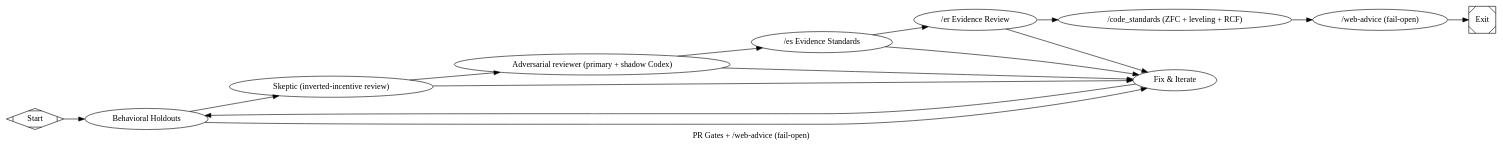
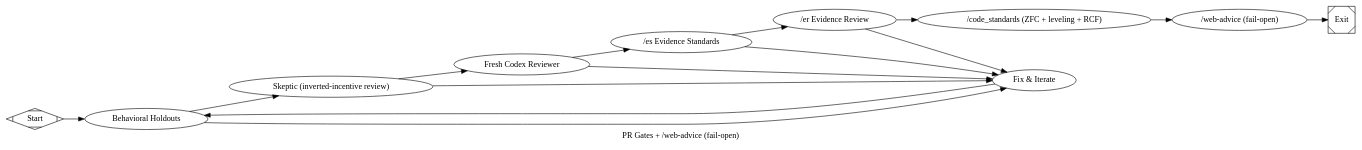
The diagram in pipelines/factory/web-advice-failopen.dot (jleechanorg/dark-factory), drawn with Graphviz before and after one commit. The commit also changed 4 other files, not shown here.

Commit message:
Migrate factory reviewers to fresh Codex contract [agy][gpt-5.6-sol]

```diff
--- a/pipelines/factory/web-advice-failopen.dot
+++ b/pipelines/factory/web-advice-failopen.dot
@@ -1,137 +1,138 @@
 digraph web_advice_failopen {
     graph [
         goal="PR validation: sealed holdouts + 3 adversarial gates + /web-advice fail-open advisory."
         level5="true"
         label="PR Gates + /web-advice (fail-open)"
         skip_explore="true"
         skip_plan="true"
         skip_implement="true"
     ]
     rankdir=LR
 
     start [shape=Mdiamond, label="Start"]
     exit  [shape=Msquare,  label="Exit"]
 
     // Holdout-always policy: PR diffs run the sealed behavioral holdouts
     // first — evidence gates grade the diff's story, holdouts grade its
     // behavior. Feature comes from --feature / ctx.state["feature"].
     holdout         [type="holdout_eval",        label="Behavioral Holdouts",          feature="${state.feature}", timeout=600]
     gate_skeptic [
         type="gate_skeptic",
         label="Skeptic (inverted-incentive review)",
         backend_priority="codex,minimax,agy,claude-sonnet",
         prefer_adversarial="true",
         timeout=600
     ]
     adversarial_reviewer [
-        type="parallel_reviewer",
-        label="Adversarial reviewer (primary + shadow Codex)",
-        review_contract="cold-review-v1",
-        backend_priority="codex,minimax,agy,claude-sonnet",
-        prefer_adversarial="true",
-        receipt_required="true",
+        type="codergen",
+        label="Fresh Codex Reviewer",
+        class="review",
+        backend="codex",
+        prompt="@prompts/slim/fresh_review.md",
+        fresh_session="true",
+        verdict_gate="true",
         timeout=600
     ]
     gate_es [
         type="gate_es",
         label="/es Evidence Standards",
         backend_priority="codex,minimax,agy,claude-sonnet",
         prefer_adversarial="true",
         gate_strict="true",
         timeout=600
     ]
     gate_er [
         type="gate_er",
         label="/er Evidence Review",
         backend_priority="codex,minimax,agy,claude-sonnet",
         prefer_adversarial="true",
         gate_strict="true",
         timeout=600
     ]
     gate_cs [
         type="gate_code_standards",
         label="/code_standards (ZFC + leveling + RCF)",
         backend_priority="codex,minimax,agy,claude-sonnet",
         prefer_adversarial="true",
         gate_strict="true",
         timeout=600
     ]
 
     // /web-advice fail-open advisory node (Lane B registers `type="web_advice"`
     // in runner.handlers.TYPE_REGISTRY and adds it to graph_audit._REVIEWER_TYPE_NAMES
     // as SOFT tier; missing handler is R1-warned, not G3-hard-stopped).
     //
     // Fail-open contract: this node ALWAYS returns outcome=success at the .dot
     // layer. The actual /web-advice verdict (APPROVE / NOT MERGE / INCOMPLETE /
     // infrastructure-failure) is surfaced out-of-band:
     //   1. CXDB structured event (runner/cxdb.append_step),
     //   2. PR comment via gh pr comment (REST, not GraphQL),
     //   3. Follow-up bead via br create (when outcome is infra-failure or 3-of-4
     //      NOT MERGE with concrete findings).
     //
     // Per docs/web-advice-failopen-design.md §3.5 the handler runs a ≤10s
     // transport probe (aside-mcp / aside-cli / claude-in-chrome / cdp-9222)
     // BEFORE opening any browser tab; when no transport is live it posts the
     // §6.2 infra-disclosure and returns success — host-capability gaps NEVER
     // block this PR.
     //
     // `min_diff_lines="5"` is the strict-lane default; cheap slim lanes can
     // override to `min_diff_lines="20"` per lane. Below the threshold, the
     // handler records `panel_decision="skipped_trivial_diff"` and posts no PR
     // comment (silent skip).
     web_advice [
         type="web_advice",
         label="/web-advice (fail-open)",
         prompt="@prompts/web_advice.txt",
         backend="claude",
         timeout=900,
         min_diff_lines="5",
         transport="auto",
         decision="continue",
         fail_open="true",
         description="Multi-model browser review (gemini/grok/chatgpt/perplexity) via real authenticated browser sessions. FAIL-OPEN: never blocks. Signal goes to CXDB + PR comment."
     ]
 
     // Bounded fix loop: any reviewer verdict other than success routes here
     // so the PR lane can iterate on the diff rather than terminating on a
     // first failure (per factory-evolve G2 fix-loop contract).
     fix [
         type="codergen",
         label="Fix & Iterate",
         class="fix",
         prompt="@prompts/slim/fix.md",
         max_visits="3",
         timeout=600
     ]
 
     start -> holdout
     holdout -> gate_skeptic [condition="outcome=success"]
     holdout -> fix         [condition="outcome!=success"]
 
     gate_skeptic -> adversarial_reviewer [condition="outcome=success"]
     gate_skeptic -> fix                  [condition="outcome!=success"]
 
     adversarial_reviewer -> gate_es [condition="outcome=success"]
     adversarial_reviewer -> fix     [condition="outcome!=success"]
 
     gate_es -> gate_er [condition="outcome=success"]
     gate_es -> fix     [condition="outcome!=success"]
 
     gate_er -> gate_cs [condition="outcome=success"]
     gate_er -> fix     [condition="outcome!=success"]
 
     // Strict gates still terminate on failure. Only after gate_cs succeeds do
     // we hand off to /web-advice for the advisory lens.
     gate_cs -> web_advice [condition="outcome=success"]
 
     // The fail-open heart: web_advice routes unconditionally to exit. The
     // engine sees outcome=success at the .dot layer regardless of the
     // panel's verdict; the signal travels via CXDB + PR comment + bead
     // instead. This is structurally identical to graph_audit G2's safe
     // shape — a reviewer that never produces outcome!=success cannot
     // trigger G2 because there is no `reviewer -> exit [outcome!=success]`
     // edge.
     web_advice -> exit
 
     fix -> holdout
 }
```
